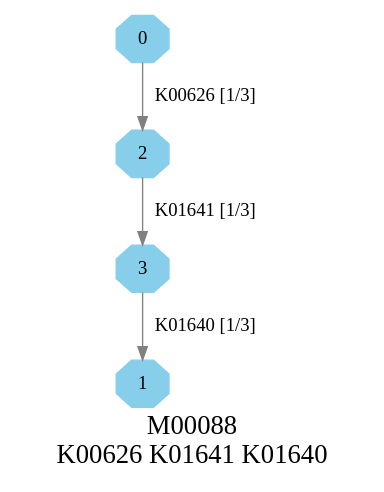
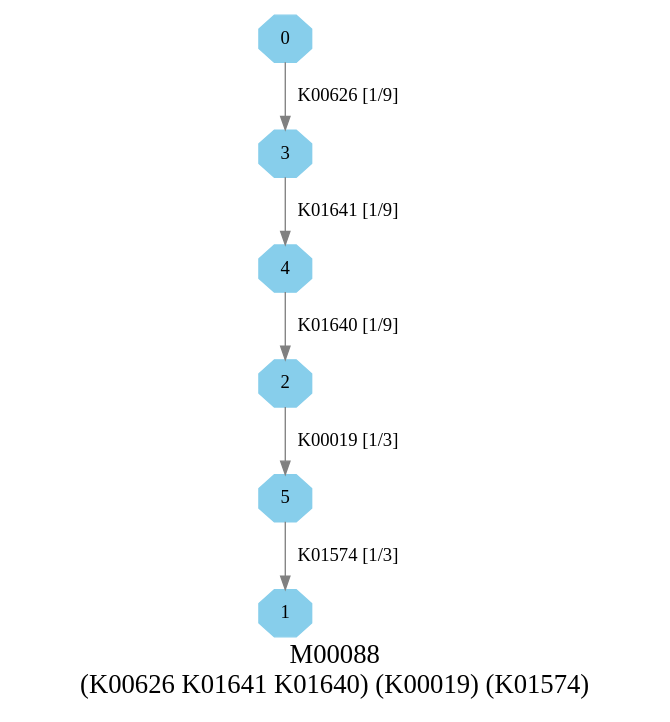
One commit to EBI-Metagenomics/kegg-pathways-completeness-tool changed the diagram in graphs/dots/M00088.dot. Above: the diagram before and after it, drawn with Graphviz. The commit also changed 124 other files, not shown here.

```diff
--- a/graphs/dots/M00088.dot
+++ b/graphs/dots/M00088.dot
@@ -1,10 +1,12 @@
 digraph G {
 graph [label="M00088
-K00626 K01641 K01640",fontsize=20];
+(K00626 K01641 K01640) (K00019) (K01574)",fontsize=20];
 node [shape=box,style=filled];
 edge [len=3,color=grey];
-{node [width=.3,height=.3,shape=octagon,style=filled,color=skyblue] 0 1 2 3 }
-0 -> 2 [label="K00626 [1/3]"];
-2 -> 3 [label="K01641 [1/3]"];
-3 -> 1 [label="K01640 [1/3]"];
+{node [width=.3,height=.3,shape=octagon,style=filled,color=skyblue] 0 1 2 3 4 5 }
+0 -> 3 [label="K00626 [1/9]"];
+2 -> 5 [label="K00019 [1/3]"];
+3 -> 4 [label="K01641 [1/9]"];
+4 -> 2 [label="K01640 [1/9]"];
+5 -> 1 [label="K01574 [1/3]"];
 }
```
